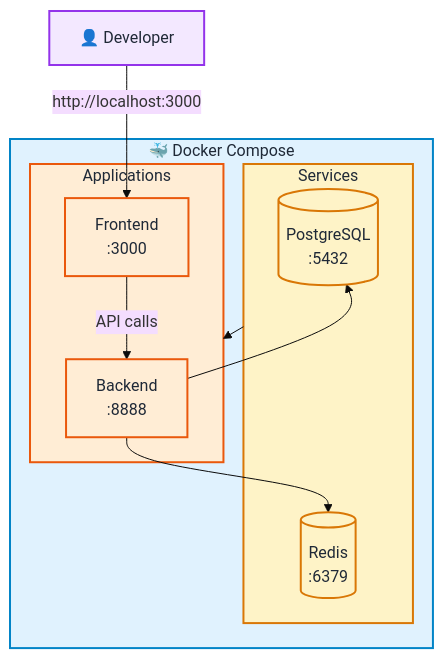
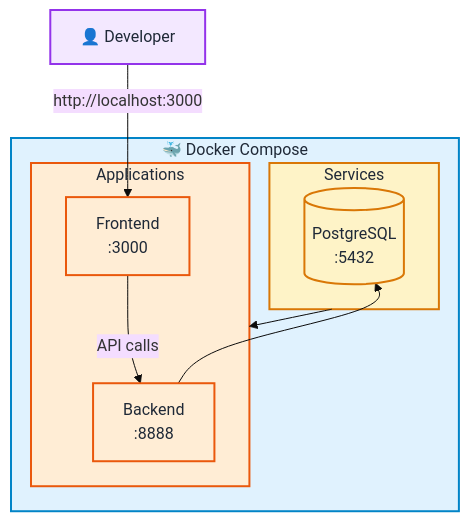
Before and after one commit to Ilities/viberglass: the fourth of 5 diagrams in docs/ARCHITECTURE.md, drawn with Mermaid (base theme). The commit also changed other lines of this file and 57 other files, not shown here.

````diff
--- a/docs/ARCHITECTURE.md
+++ b/docs/ARCHITECTURE.md
@@ -303,31 +299,29 @@
 ```mermaid
 flowchart TB
     subgraph Docker["🐳 Docker Compose"]
         subgraph Services["Services"]
             PG[("PostgreSQL<br/>:5432")]
-            Redis[("Redis<br/>:6379")]
         end
-        
+
         subgraph Apps["Applications"]
             Backend["Backend<br/>:8888"]
             Frontend["Frontend<br/>:3000"]
         end
-        
+
         Services --> Apps
     end
-    
+
     User["👤 Developer"] -->|"http://localhost:3000"| Frontend
     Frontend -->|"API calls"| Backend
     Backend --> PG
-    Backend --> Redis
     
     classDef docker fill:#e0f2fe,stroke:#0284c7,stroke-width:2px,color:#1f2937
     classDef services fill:#fef3c7,stroke:#d97706,stroke-width:2px,color:#1f2937
     classDef apps fill:#ffedd5,stroke:#ea580c,stroke-width:2px,color:#1f2937
     classDef user fill:#f3e8ff,stroke:#9333ea,stroke-width:2px,color:#1f2937
     
     class Docker docker
-    class Services,PG,Redis services
+    class Services,PG services
     class Apps,Backend,Frontend apps
     class User user
 ```
````
